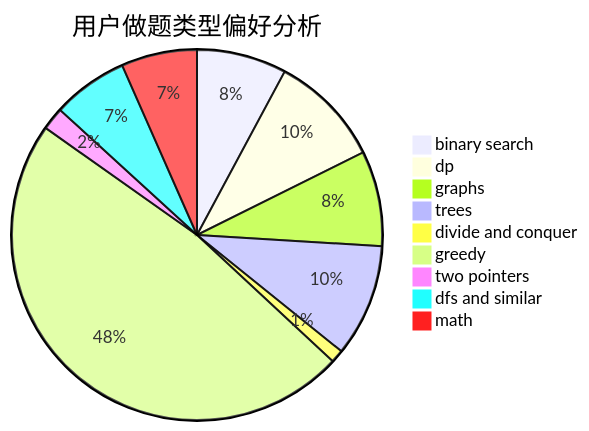
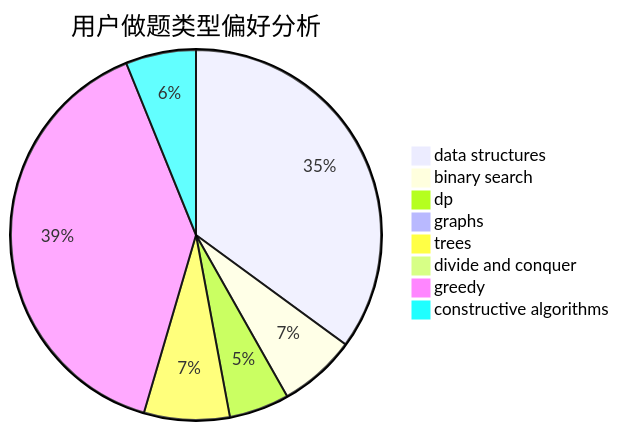
The second of 3 diagrams in docs/user/u632.md (sherpahu/cfrs.github.io), drawn with Mermaid before and after one commit. The commit also changed other lines of this file and 2775 other files, not shown here.

````diff
--- a/docs/user/u632.md
+++ b/docs/user/u632.md
@@ -23,12 +23,11 @@
 ```mermaid
 pie title 用户做题类型偏好分析
-    "binary search" :  83
-    "dp" :  104
-    "graphs" :  88
-    "trees" :  104
-    "divide and conquer" :  12
-    "greedy" :  507
-    "two pointers" :  21
-    "dfs and similar" :  70
-    "math" :  70
+    "data structures" :  394
+    "binary search" :  76
+    "dp" :  59
+    "graphs" :  11
+    "trees" :  84
+    "divide and conquer" :  5
+    "greedy" :  442
+    "constructive algorithms" :  69
 ```
````
